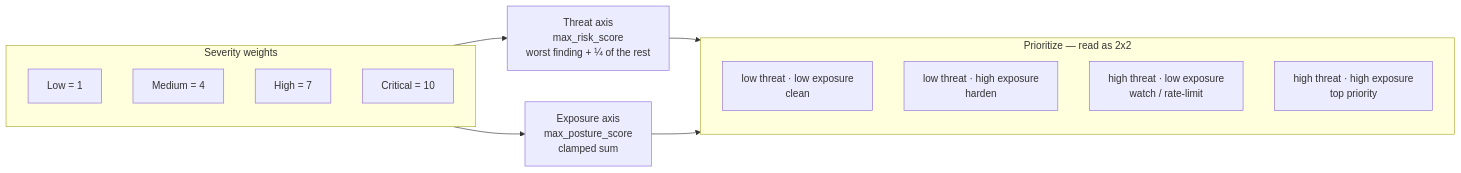
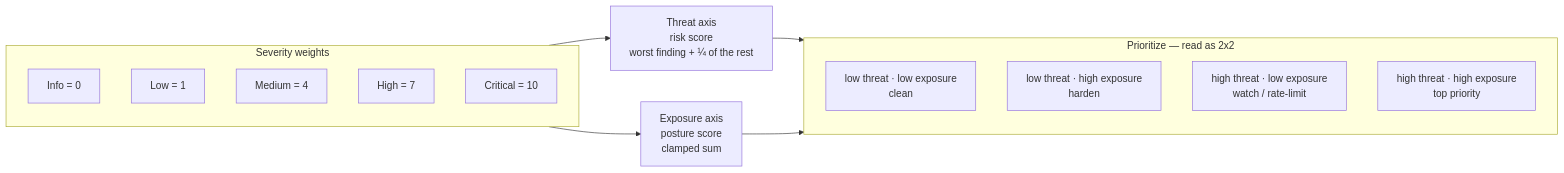
One commit to CloudNativeWorks/elchi-website changed the diagram in docs-site/docs/api-discovery/risk-scoring.md. Above: the diagram before and after it, drawn with Mermaid. The commit also changed other lines of this file and 46 other files, not shown here.

````diff
--- a/docs-site/docs/api-discovery/risk-scoring.md
+++ b/docs-site/docs/api-discovery/risk-scoring.md
@@ -19,21 +19,22 @@
 ```mermaid
 flowchart LR
   subgraph Weights["Severity weights"]
     direction TB
+    I["Info = 0"]
     L["Low = 1"]
     Md["Medium = 4"]
     H["High = 7"]
     Cr["Critical = 10"]
   end
-  Weights --> TA["Threat axis<br/>max_risk_score<br/>worst finding + ¼ of the rest"]
-  Weights --> EA["Exposure axis<br/>max_posture_score<br/>clamped sum"]
+  Weights --> TA["Threat axis<br/>risk score<br/>worst finding + ¼ of the rest"]
+  Weights --> EA["Exposure axis<br/>posture score<br/>clamped sum"]
   TA --> Q
   EA --> Q
   subgraph Q["Prioritize — read as 2x2"]
     direction TB
     Q1["low threat · low exposure<br/>clean"]
     Q2["low threat · high exposure<br/>harden"]
     Q3["high threat · low exposure<br/>watch / rate-limit"]
     Q4["high threat · high exposure<br/>top priority"]
   end
 ```
````
